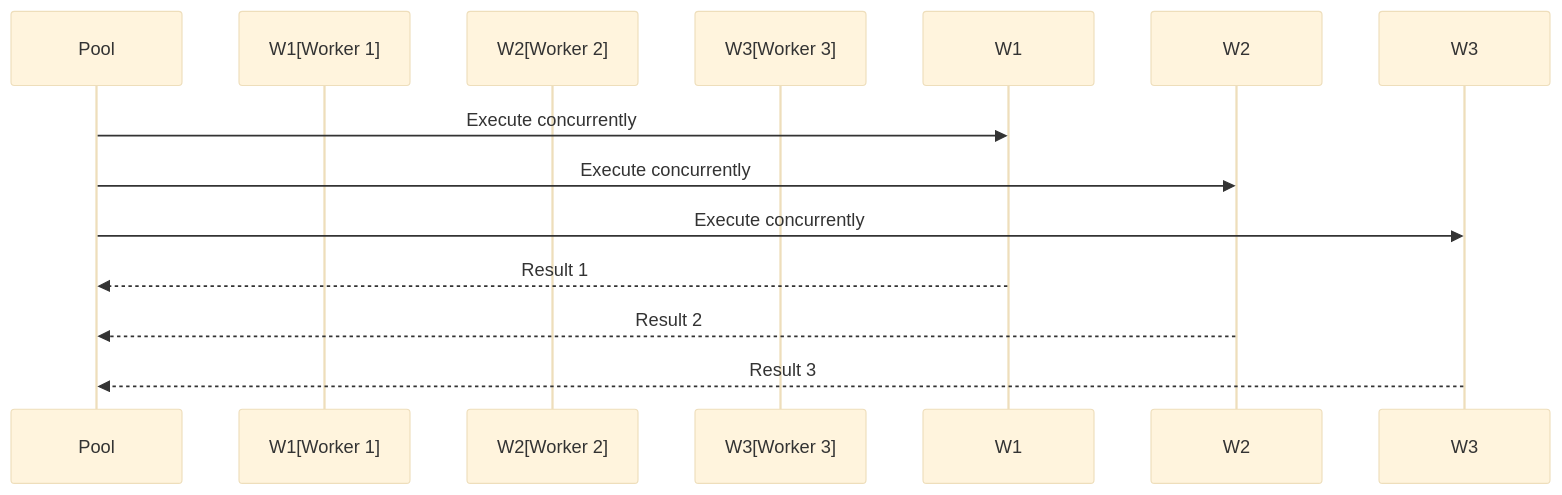
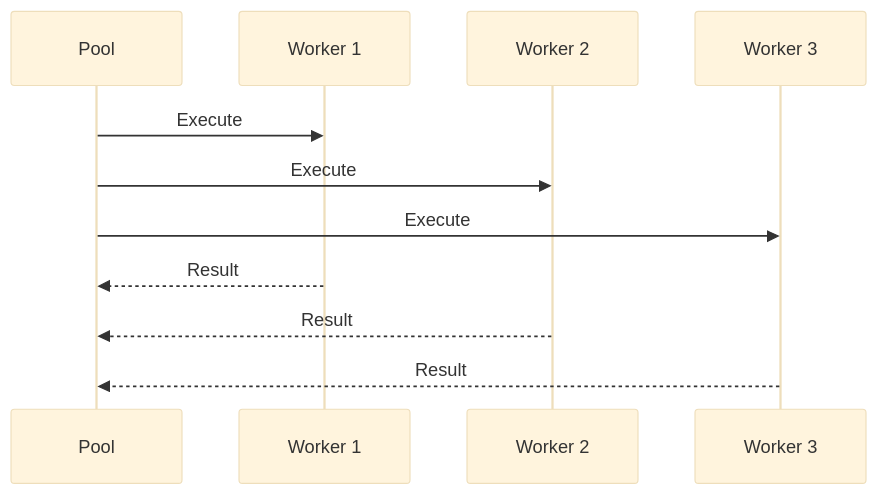
The second of 5 diagrams in examples/api_pipeline/19_concurrent_workers/README.md (wisrovi/wpipe), drawn with Mermaid (base theme) before and after one commit. The commit also changed other lines of this file and 20 other files, not shown here.

First line of the commit message:
Simplify Mermaid diagrams for better rendering

````diff
--- a/examples/api_pipeline/19_concurrent_workers/README.md
+++ b/examples/api_pipeline/19_concurrent_workers/README.md
@@ -22,14 +22,14 @@
 ```mermaid
 sequenceDiagram
-    participant Pool
-    participant W1[Worker 1]
-    participant W2[Worker 2]
-    participant W3[Worker 3]
+    participant P as Pool
+    participant W1 as Worker 1
+    participant W2 as Worker 2
+    participant W3 as Worker 3
     
-    Pool->>W1: Execute concurrently
-    Pool->>W2: Execute concurrently
-    Pool->>W3: Execute concurrently
-    W1-->>Pool: Result 1
-    W2-->>Pool: Result 2
-    W3-->>Pool: Result 3
+    P->>W1: Execute
+    P->>W2: Execute
+    P->>W3: Execute
+    W1-->>P: Result
+    W2-->>P: Result
+    W3-->>P: Result
 ```
````
